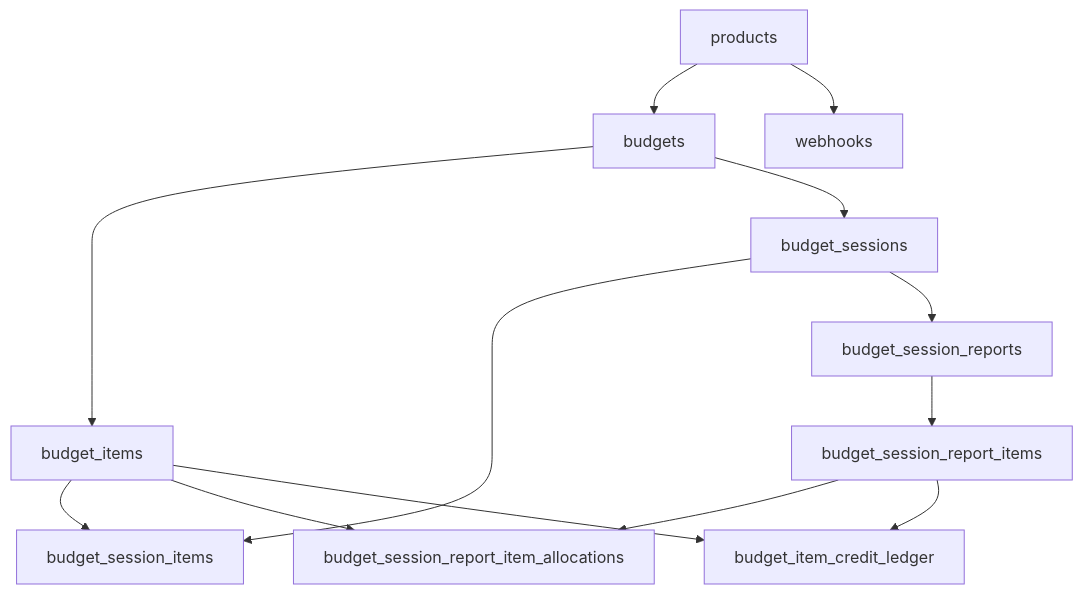
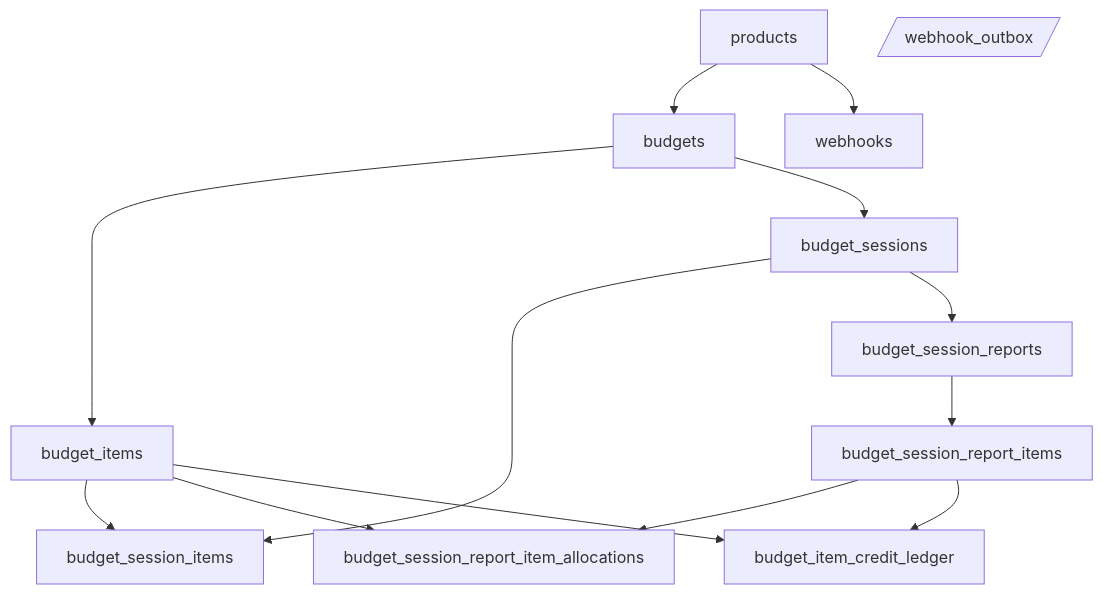
One commit to hsharif-godaddy/hackathon2026 changed the diagram in budget-service/docs/database-schema.md. Above: the diagram before and after it, drawn with Mermaid. The commit also changed other lines of this file and 15 other files, not shown here.

````diff
--- a/budget-service/docs/database-schema.md
+++ b/budget-service/docs/database-schema.md
@@ -9,26 +11,27 @@
 ```mermaid
 flowchart TB
   products[products]
   budgets[budgets]
   budget_items[budget_items]
   budget_sessions[budget_sessions]
   budget_session_items[budget_session_items]
   budget_session_reports[budget_session_reports]
   budget_session_report_items[budget_session_report_items]
   allocations[budget_session_report_item_allocations]
   ledger[budget_item_credit_ledger]
   webhooks[webhooks]
+  outbox[/webhook_outbox/]
 
   products --> budgets
   budgets --> budget_items
   budgets --> budget_sessions
   budget_sessions --> budget_session_items
   budget_sessions --> budget_session_reports
   budget_session_reports --> budget_session_report_items
   budget_session_report_items --> allocations
   budget_session_report_items --> ledger
   budget_items --> budget_session_items
   budget_items --> allocations
   budget_items --> ledger
   products --> webhooks
 ```
````
